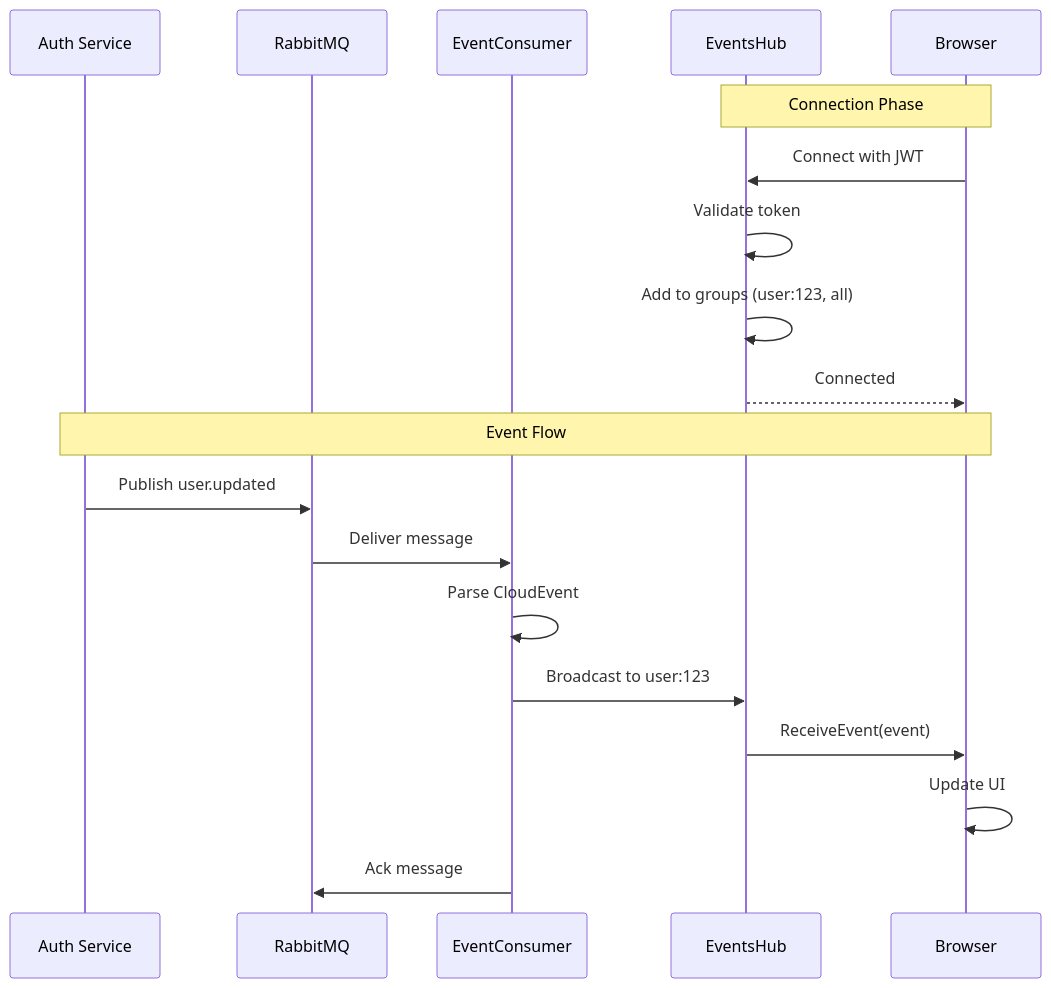
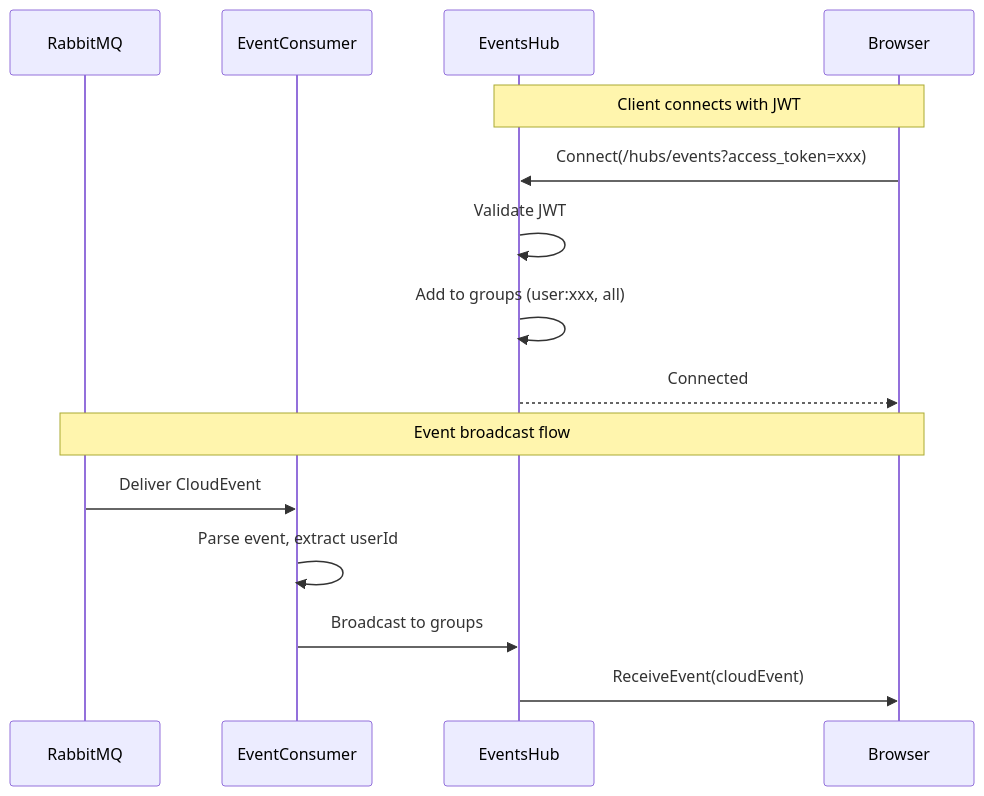
Before and after one commit to Nechja/hellArch: the second of 3 diagrams in docs/guide/workers/realtime.md, drawn with Mermaid. The commit also changed other lines of this file and 1 other file, not shown here.

Commit message:
event health

````diff
--- a/docs/guide/workers/realtime.md
+++ b/docs/guide/workers/realtime.md
@@ -52,23 +47,19 @@
 ```mermaid
 sequenceDiagram
-    participant S as Auth Service
     participant RMQ as RabbitMQ
-    participant C as EventConsumer
-    participant H as EventsHub
-    participant B as Browser
+    participant EC as EventConsumer
+    participant Hub as EventsHub
+    participant Client as Browser
 
-    Note over B,H: Connection Phase
-    B->>H: Connect with JWT
-    H->>H: Validate token
-    H->>H: Add to groups (user:123, all)
-    H-->>B: Connected
+    Note over Client,Hub: Client connects with JWT
+    Client->>Hub: Connect(/hubs/events?access_token=xxx)
+    Hub->>Hub: Validate JWT
+    Hub->>Hub: Add to groups (user:xxx, all)
+    Hub-->>Client: Connected
 
-    Note over S,B: Event Flow
-    S->>RMQ: Publish user.updated
-    RMQ->>C: Deliver message
-    C->>C: Parse CloudEvent
-    C->>H: Broadcast to user:123
-    H->>B: ReceiveEvent(event)
-    B->>B: Update UI
-    C->>RMQ: Ack message
+    Note over RMQ,Client: Event broadcast flow
+    RMQ->>EC: Deliver CloudEvent
+    EC->>EC: Parse event, extract userId
+    EC->>Hub: Broadcast to groups
+    Hub->>Client: ReceiveEvent(cloudEvent)
 ```
````
